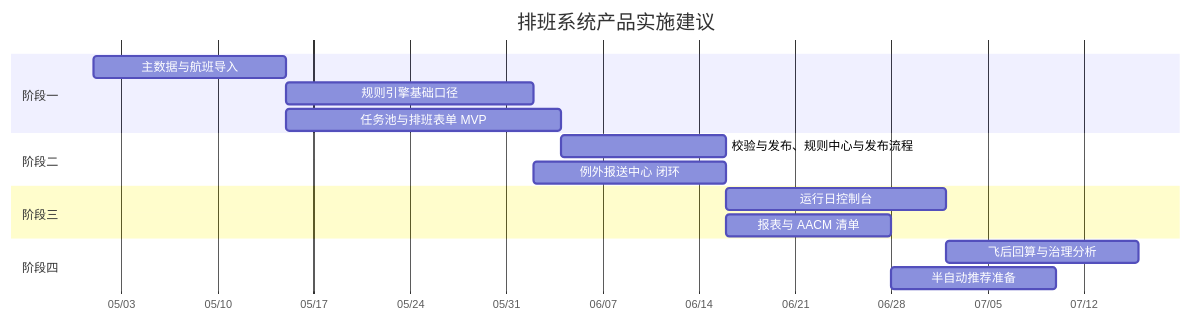
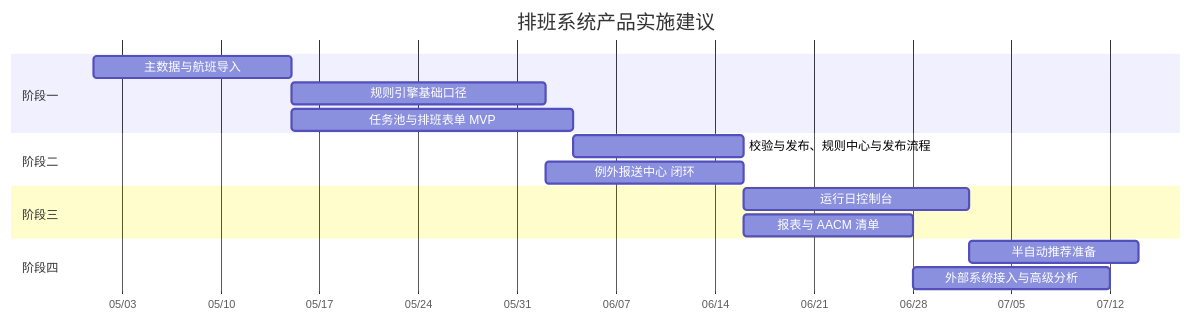
One commit to Xiaoniuliu/paiban changed the fifth of 5 diagrams in PRD_Pilot_Rostering_System_Product_Design.md. Above: the diagram before and after it, drawn with Mermaid. The commit also changed other lines of this file and 1444 other files, not shown here.

Commit message:
Extract timeline and page logic into focused modules

````diff
--- a/PRD_Pilot_Rostering_System_Product_Design.md
+++ b/PRD_Pilot_Rostering_System_Product_Design.md
@@ -689,23 +697,23 @@
 ```mermaid
 gantt
     title 排班系统产品实施建议
     dateFormat  YYYY-MM-DD
     axisFormat  %m/%d
 
     section 阶段一
     主数据与航班导入            :a1, 2026-05-01, 14d
     规则引擎基础口径            :a2, after a1, 18d
     任务池与排班表单 MVP          :a3, after a1, 20d
 
     section 阶段二
     校验与发布、规则中心与发布流程 :b1, after a3, 12d
     例外报送中心 闭环             :b2, after a2, 14d
 
     section 阶段三
     运行日控制台                :c1, after b1, 16d
     报表与 AACM 清单            :c2, after b2, 12d
 
     section 阶段四
-    飞后回算与治理分析          :d1, after c1, 14d
-    半自动推荐准备              :d2, after c2, 12d
+    半自动推荐准备              :d1, after c1, 12d
+    外部系统接入与高级分析      :d2, after c2, 14d
 ```
````
